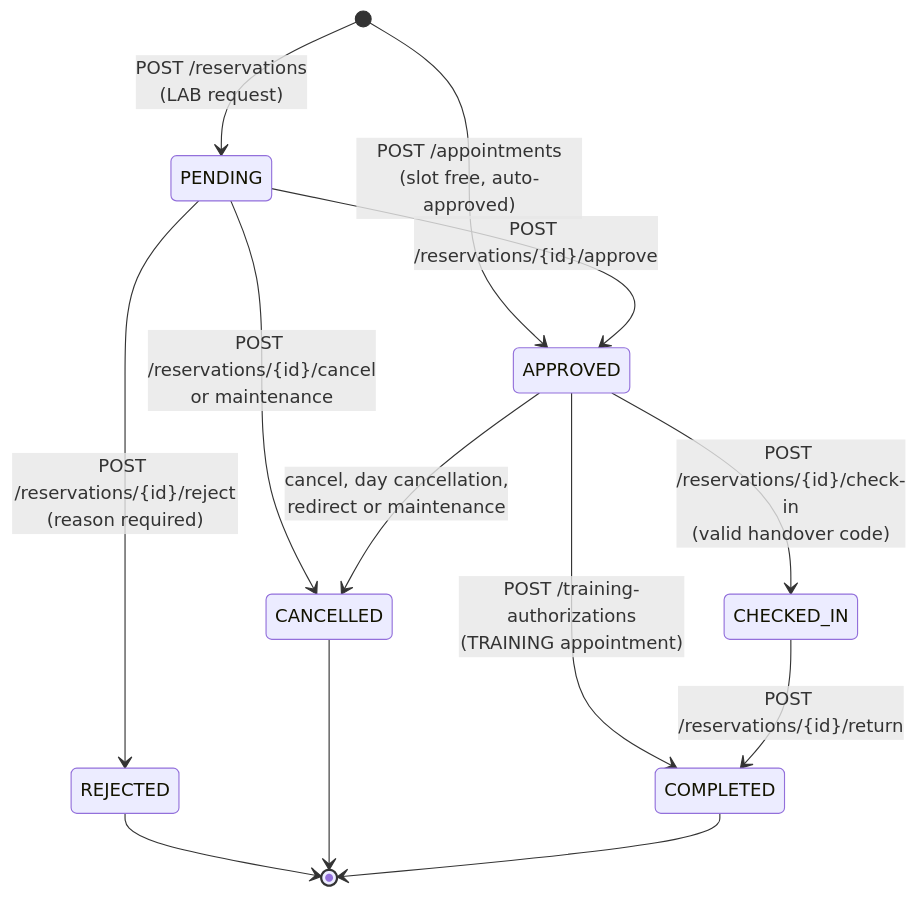
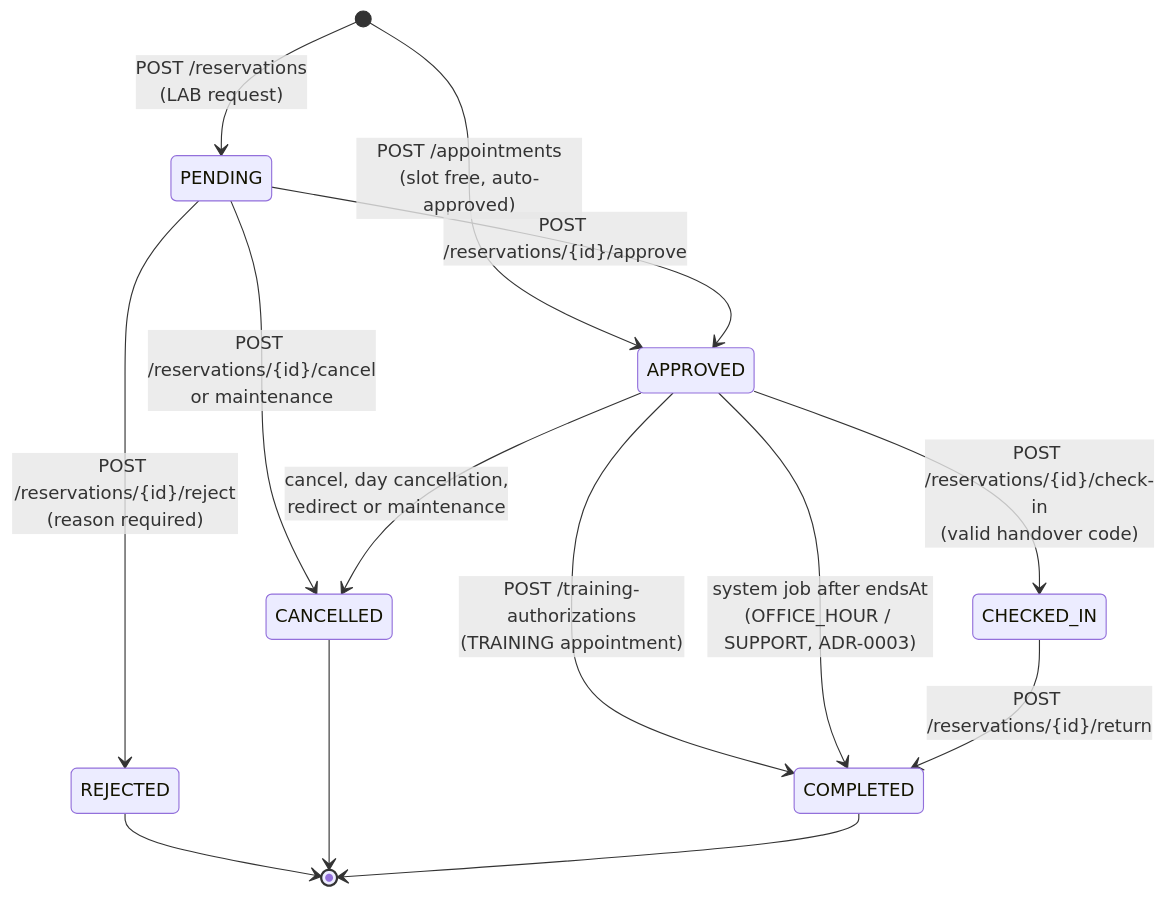
One commit to bookademic-team/Bookademic changed the third of 3 diagrams in docs/architecture/uml.md. Above: the diagram before and after it, drawn with Mermaid. The commit also changed other lines of this file, not shown here.

Commit message:
ocs: apply review – v0.2.3, system-job transition, HandoverCode, error codes (#63)

````diff
--- a/docs/architecture/uml.md
+++ b/docs/architecture/uml.md
@@ -256,19 +264,20 @@
 ```mermaid
 stateDiagram-v2
     [*] --> PENDING : POST /reservations<br/>(LAB request)
     [*] --> APPROVED : POST /appointments<br/>(slot free, auto-approved)
 
     PENDING --> APPROVED : POST /reservations/{id}/approve
     PENDING --> REJECTED : POST /reservations/{id}/reject<br/>(reason required)
     PENDING --> CANCELLED : POST /reservations/{id}/cancel<br/>or maintenance
 
     APPROVED --> CHECKED_IN : POST /reservations/{id}/check-in<br/>(valid handover code)
     APPROVED --> COMPLETED : POST /training-authorizations<br/>(TRAINING appointment)
+    APPROVED --> COMPLETED : system job after endsAt<br/>(OFFICE_HOUR / SUPPORT, ADR-0003)
     APPROVED --> CANCELLED : cancel, day cancellation,<br/>redirect or maintenance
 
     CHECKED_IN --> COMPLETED : POST /reservations/{id}/return
 
     REJECTED --> [*]
     CANCELLED --> [*]
     COMPLETED --> [*]
 ```
````
